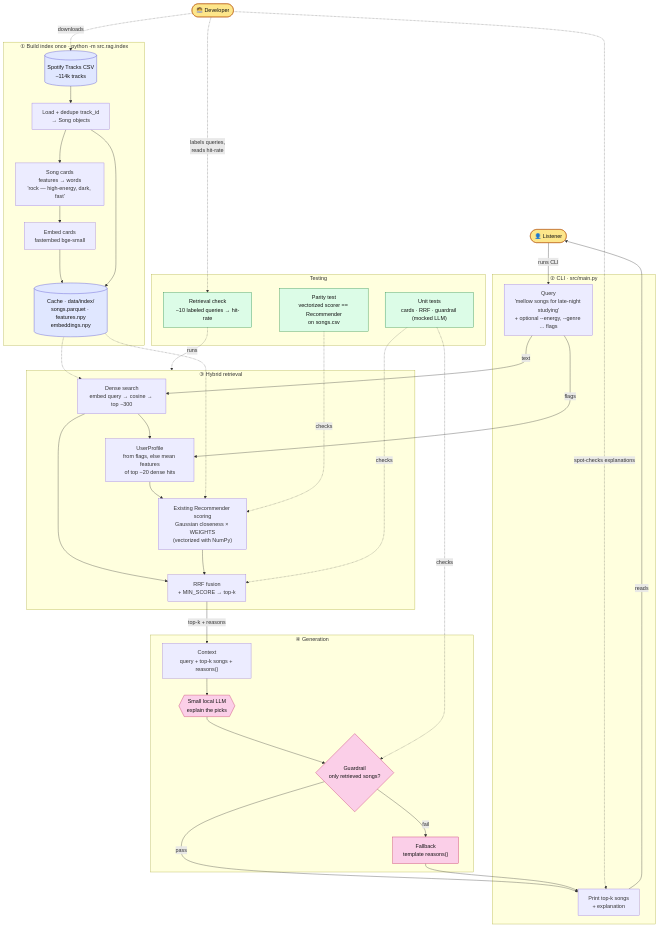
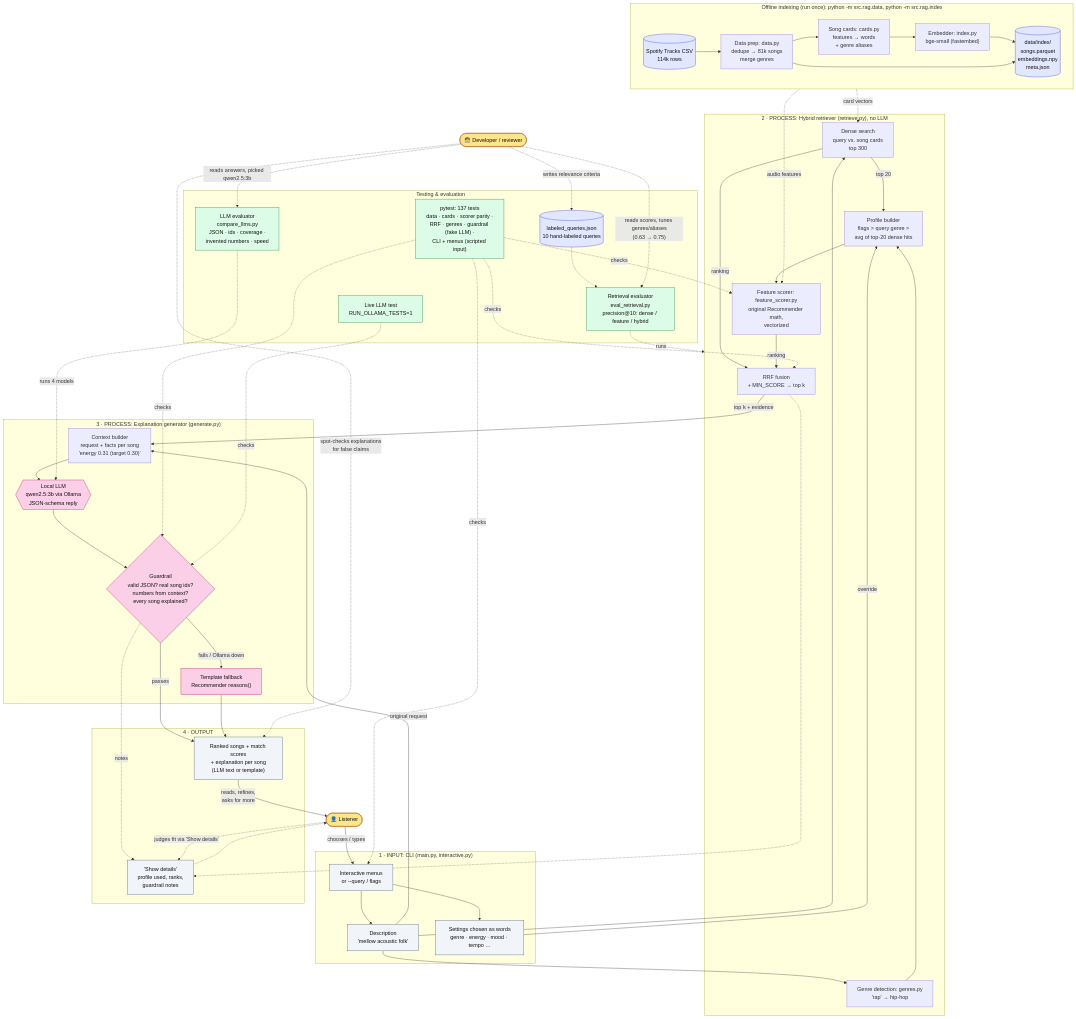
The diagram in diagrams/system_architecture.mmd (Eribuuu/applied-ai-system-project), drawn with Mermaid before and after one commit. The commit also changed 3 other files, not shown here.

```diff
--- a/diagrams/system_architecture.mmd
+++ b/diagrams/system_architecture.mmd
@@ -1,82 +1,113 @@
-%% Music Recommender + RAG: proof of concept
-%% Extends the existing content-based Recommender (src/recommender.py)
-%% Solid arrows = data flow. Dotted arrows = reads from cache / testing / human review.
+%% Music Recommender + RAG: system architecture (as built)
+%% Read top to bottom: INPUT -> PROCESS (retrieve, then generate) -> OUTPUT.
+%% Solid arrows = data flow at query time.
+%% Dashed arrows = offline data, testing, evaluation, and human review.
 flowchart TB
 
     %% ===================== People =====================
-    LISTENER(["👤 Listener"])
-    DEV(["🧑‍💻 Developer"])
+    USER(["👤 Listener"])
+    DEV(["🧑‍💻 Developer / reviewer"])
 
     %% ===================== Offline: build once =====================
-    subgraph OFFLINE["① Build index once · python -m src.rag.index"]
-        RAW[("Spotify Tracks CSV<br/>~114k tracks")]
-        PREP["Load + dedupe track_id<br/>→ Song objects"]
-        CARDS["Song cards<br/>features → words<br/>'rock — high-energy, dark, fast'"]
-        EMBED["Embed cards<br/>fastembed bge-small"]
-        CACHE[("Cache · data/index/<br/>songs.parquet · features.npy<br/>embeddings.npy")]
-        RAW --> PREP --> CARDS --> EMBED --> CACHE
-        PREP --> CACHE
+    subgraph OFFLINE["Offline indexing (run once): python -m src.rag.data, python -m src.rag.index"]
+        direction LR
+        RAW[("Spotify Tracks CSV<br/>114k rows")]
+        PREP["Data prep: data.py<br/>dedupe → 81k songs<br/>merge genres"]
+        CARDS["Song cards: cards.py<br/>features → words<br/>+ genre aliases"]
+        EMBED["Embedder: index.py<br/>bge-small (fastembed)"]
+        STORE[("data/index/<br/>songs.parquet<br/>embeddings.npy<br/>meta.json")]
+        RAW --> PREP --> CARDS --> EMBED --> STORE
+        PREP --> STORE
     end
 
-    %% ===================== Online: one query =====================
-    subgraph CLI["② CLI · src/main.py"]
-        QUERY["Query<br/>'mellow songs for late-night studying'<br/>+ optional --energy, --genre … flags"]
-        PRINT["Print top-k songs<br/>+ explanation"]
+    %% ===================== INPUT =====================
+    subgraph INPUT["1 · INPUT: CLI (main.py, interactive.py)"]
+        MENU["Interactive menus<br/>or --query / flags"]
+        TEXT["Description<br/>'mellow acoustic folk'"]
+        FLAGS["Settings chosen as words<br/>genre · energy · mood · tempo …"]
+        MENU --> TEXT
+        MENU --> FLAGS
     end
 
-    subgraph RETRIEVE["③ Hybrid retrieval"]
-        DENSE["Dense search<br/>embed query → cosine → top ~300"]
-        PROFILE["UserProfile<br/>from flags, else mean features<br/>of top ~20 dense hits"]
-        SCORER["Existing Recommender scoring<br/>Gaussian closeness × WEIGHTS<br/>(vectorized with NumPy)"]
-        RRF["RRF fusion<br/>+ MIN_SCORE → top-k"]
-        DENSE --> PROFILE --> SCORER
-        DENSE --> RRF
-        SCORER --> RRF
+    %% ===================== PROCESS: RETRIEVER =====================
+    subgraph RETRIEVER["2 · PROCESS: Hybrid retriever (retrieve.py), no LLM"]
+        GENRE["Genre detection: genres.py<br/>'rap' → hip-hop"]
+        DENSE["Dense search<br/>query vs. song cards<br/>top 300"]
+        PROFILE["Profile builder<br/>flags > query genre ><br/>avg of top-20 dense hits"]
+        SCORER["Feature scorer: feature_scorer.py<br/>original Recommender math,<br/>vectorized"]
+        FUSE["RRF fusion<br/>+ MIN_SCORE → top k"]
+        GENRE --> PROFILE
+        DENSE -->|"top 20"| PROFILE
+        PROFILE --> SCORER
+        DENSE -->|"ranking"| FUSE
+        SCORER -->|"ranking"| FUSE
     end
 
-    subgraph GEN["④ Generation"]
-        CTX["Context<br/>query + top-k songs + reasons()"]
-        LLM{{"Small local LLM<br/>explain the picks"}}
-        GUARD{"Guardrail<br/>only retrieved songs?"}
-        FALLBACK["Fallback<br/>template reasons()"]
+    %% ===================== PROCESS: GENERATOR =====================
+    subgraph GENERATOR["3 · PROCESS: Explanation generator (generate.py)"]
+        CTX["Context builder<br/>request + facts per song<br/>'energy 0.31 (target 0.30)'"]
+        LLM{{"Local LLM<br/>qwen2.5:3b via Ollama<br/>JSON-schema reply"}}
+        GUARD{"Guardrail<br/>valid JSON? real song ids?<br/>numbers from context?<br/>every song explained?"}
+        FALLBACK["Template fallback<br/>Recommender reasons()"]
         CTX --> LLM --> GUARD
-        GUARD -->|"fail"| FALLBACK
+        GUARD -->|"fails / Ollama down"| FALLBACK
     end
 
-    %% ----- data flow -----
-    LISTENER -->|"runs CLI"| QUERY
-    QUERY -->|"text"| DENSE
-    QUERY -->|"flags"| PROFILE
-    CACHE -.-> DENSE
-    CACHE -.-> SCORER
-    RRF -->|"top-k + reasons"| CTX
-    GUARD -->|"pass"| PRINT
-    FALLBACK --> PRINT
-    PRINT -->|"reads"| LISTENER
+    %% ===================== OUTPUT =====================
+    subgraph OUTPUT["4 · OUTPUT"]
+        RESULTS["Ranked songs + match scores<br/>+ explanation per song<br/>(LLM text or template)"]
+        DETAILS["'Show details'<br/>profile used, ranks,<br/>guardrail notes"]
+    end
 
-    %% ===================== Testing =====================
-    subgraph QA["Testing"]
-        PARITY["Parity test<br/>vectorized scorer == Recommender<br/>on songs.csv"]
-        UNIT["Unit tests<br/>cards · RRF · guardrail (mocked LLM)"]
-        EVAL["Retrieval check<br/>~10 labeled queries → hit-rate"]
+    %% ----- query-time data flow -----
+    USER -->|"chooses / types"| MENU
+    TEXT --> GENRE
+    TEXT --> DENSE
+    FLAGS -->|"override"| PROFILE
+    STORE -.->|"card vectors"| DENSE
+    STORE -.->|"audio features"| SCORER
+    FUSE -->|"top k + evidence"| CTX
+    TEXT -->|"original request"| CTX
+    GUARD -->|"passes"| RESULTS
+    FALLBACK --> RESULTS
+    FUSE -.-> DETAILS
+    GUARD -.->|"notes"| DETAILS
+    RESULTS -->|"reads, refines,<br/>asks for more"| USER
+    DETAILS -.-> USER
+
+    %% ===================== TESTING & EVALUATION =====================
+    subgraph QA["Testing & evaluation"]
+        PYTEST["pytest: 137 tests<br/>data · cards · scorer parity ·<br/>RRF · genres · guardrail (fake LLM) ·<br/>CLI + menus (scripted input)"]
+        LABELS[("labeled_queries.json<br/>10 hand-labeled queries")]
+        EVALR["Retrieval evaluator<br/>eval_retrieval.py<br/>precision@10: dense / feature / hybrid"]
+        EVALL["LLM evaluator<br/>compare_llms.py<br/>JSON · ids · coverage ·<br/>invented numbers · speed"]
+        LIVE["Live LLM test<br/>RUN_OLLAMA_TESTS=1"]
+        LABELS -.-> EVALR
     end
-    PARITY -.->|"checks"| SCORER
-    UNIT -.->|"checks"| RRF
-    UNIT -.->|"checks"| GUARD
-    EVAL -.->|"runs"| RETRIEVE
+    PYTEST -.->|"checks"| SCORER
+    PYTEST -.->|"checks"| FUSE
+    PYTEST -.->|"checks"| GUARD
+    PYTEST -.->|"checks"| MENU
+    EVALR -.->|"runs"| RETRIEVER
+    EVALL -.->|"runs 4 models"| LLM
+    LIVE -.->|"checks"| GUARD
 
-    %% ----- human in the loop -----
-    DEV -.->|"downloads"| RAW
-    DEV -.->|"labels queries,<br/>reads hit-rate"| EVAL
-    DEV -.->|"spot-checks explanations"| PRINT
+    %% ===================== Human in the loop =====================
+    DEV -.->|"writes relevance criteria"| LABELS
+    DEV -.->|"reads scores, tunes genres/aliases<br/>(0.63 → 0.75)"| EVALR
+    DEV -.->|"reads answers, picked qwen2.5:3b"| EVALL
+    DEV -.->|"spot-checks explanations<br/>for false claims"| RESULTS
+    USER -.->|"judges fit via 'Show details'"| DETAILS
 
     %% ===================== Styling =====================
     classDef human fill:#fde68a,stroke:#b45309,color:#111
     classDef store fill:#e0e7ff,stroke:#4338ca,color:#111
     classDef llm fill:#fbcfe8,stroke:#be185d,color:#111
     classDef test fill:#dcfce7,stroke:#15803d,color:#111
+    classDef io fill:#f1f5f9,stroke:#475569,color:#111
 
-    class LISTENER,DEV human
-    class RAW,CACHE store
+    class USER,DEV human
+    class RAW,STORE,LABELS store
     class LLM,GUARD,FALLBACK llm
-    class PARITY,UNIT,EVAL test
+    class PYTEST,EVALR,EVALL,LIVE test
+    class MENU,TEXT,FLAGS,RESULTS,DETAILS io
```
